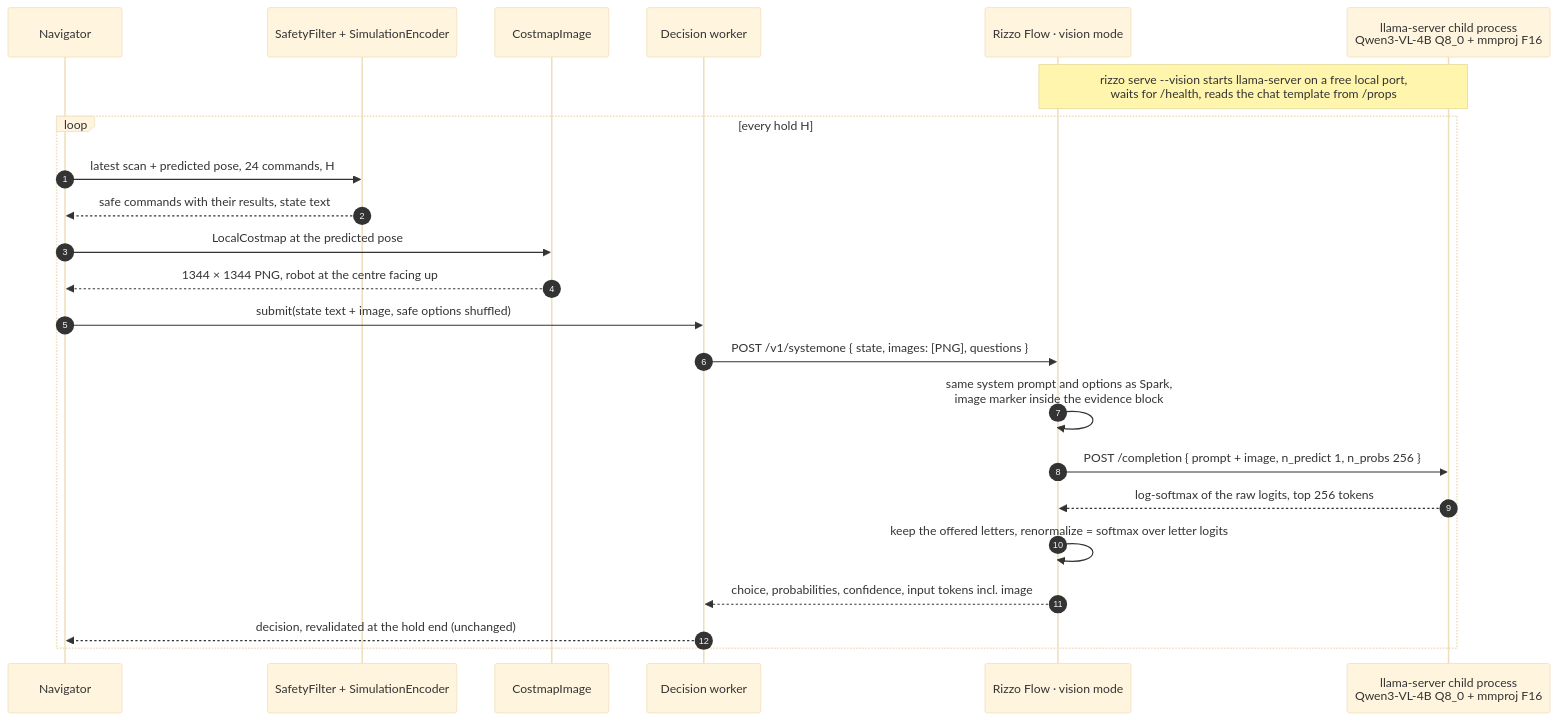
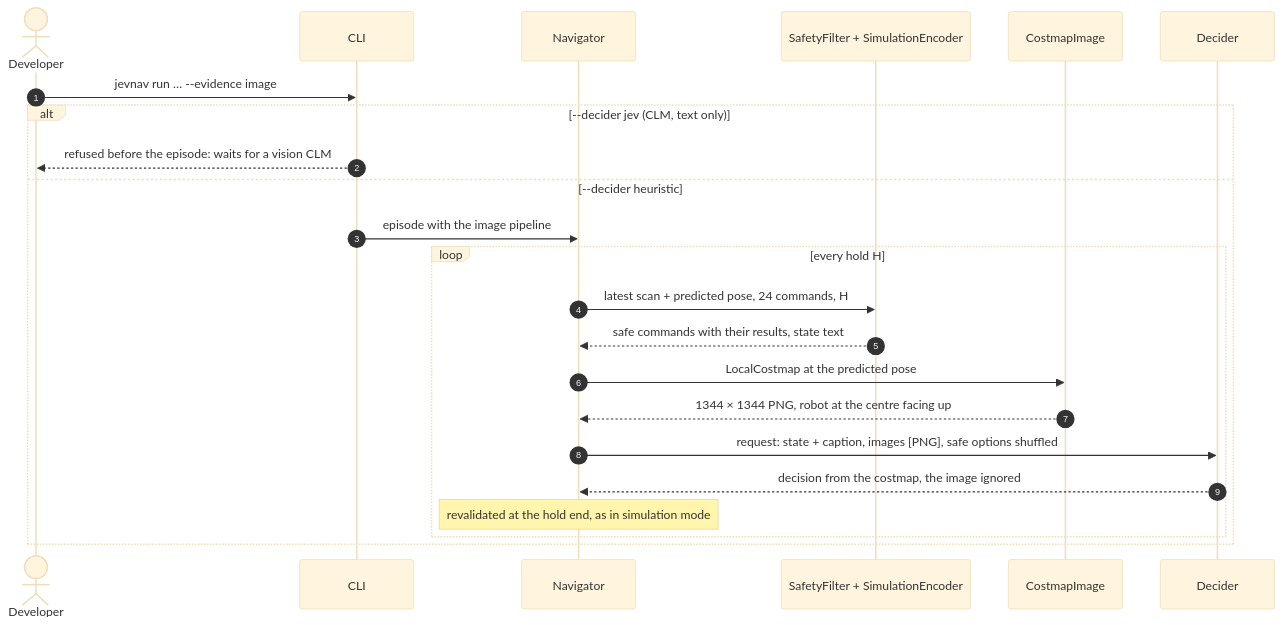
Before and after one commit to RoboticsNetworkTrieste/JevNav: the diagram in .specs/features/image-evidence.md, drawn with Mermaid (base theme). The commit also changed other lines of this file and 20 other files, not shown here.

````diff
--- a/.specs/features/image-evidence.md
+++ b/.specs/features/image-evidence.md
@@ -18,25 +19,25 @@
 ```mermaid
 sequenceDiagram
     autonumber
+    actor U as Developer
+    participant C as CLI
     participant N as Navigator
     participant S as SafetyFilter + SimulationEncoder
     participant I as CostmapImage
-    participant W as Decision worker
-    participant R as Rizzo Flow · vision mode
-    participant L as llama-server child process<br/>Qwen3-VL-4B Q8_0 + mmproj F16
-    Note over R,L: rizzo serve --vision starts llama-server on a free local port,<br/>waits for /health, reads the chat template from /props
-    loop every hold H
-        N->>S: latest scan + predicted pose, 24 commands, H
-        S-->>N: safe commands with their results, state text
-        N->>I: LocalCostmap at the predicted pose
-        I-->>N: 1344 × 1344 PNG, robot at the centre facing up
-        N->>W: submit(state text + image, safe options shuffled)
-        W->>R: POST /v1/systemone { state, images: [PNG], questions }
-        R->>R: same system prompt and options as Spark,<br/>image marker inside the evidence block
-        R->>L: POST /completion { prompt + image, n_predict 1, n_probs 256 }
-        L-->>R: log-softmax of the raw logits, top 256 tokens
-        R->>R: keep the offered letters, renormalize = softmax over letter logits
-        R-->>W: choice, probabilities, confidence, input tokens incl. image
-        W-->>N: decision, revalidated at the hold end (unchanged)
+    participant D as Decider
+    U->>C: jevnav run … --evidence image
+    alt --decider jev (CLM, text only)
+        C-->>U: refused before the episode: waits for a vision CLM
+    else --decider heuristic
+        C->>N: episode with the image pipeline
+        loop every hold H
+            N->>S: latest scan + predicted pose, 24 commands, H
+            S-->>N: safe commands with their results, state text
+            N->>I: LocalCostmap at the predicted pose
+            I-->>N: 1344 × 1344 PNG, robot at the centre facing up
+            N->>D: request: state + caption, images [PNG], safe options shuffled
+            D-->>N: decision from the costmap, the image ignored
+            Note over N: revalidated at the hold end, as in simulation mode
+        end
     end
 ```
````
